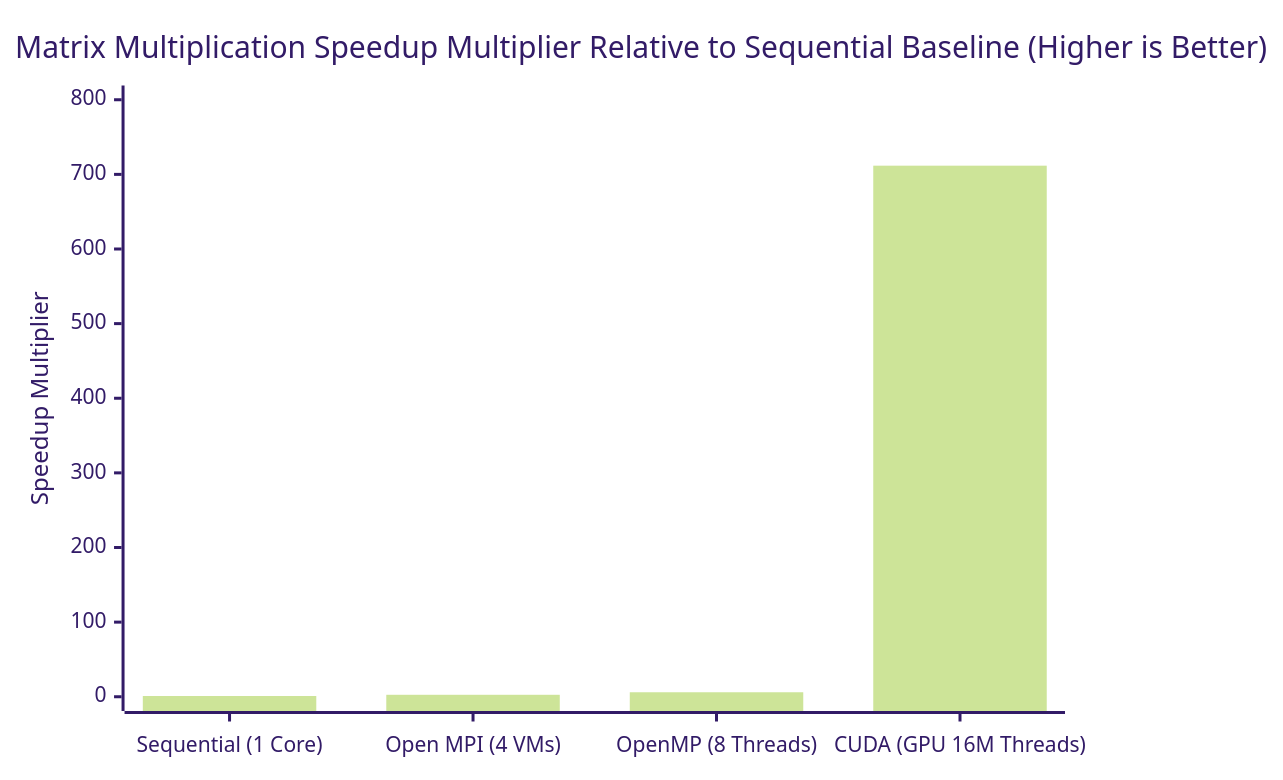
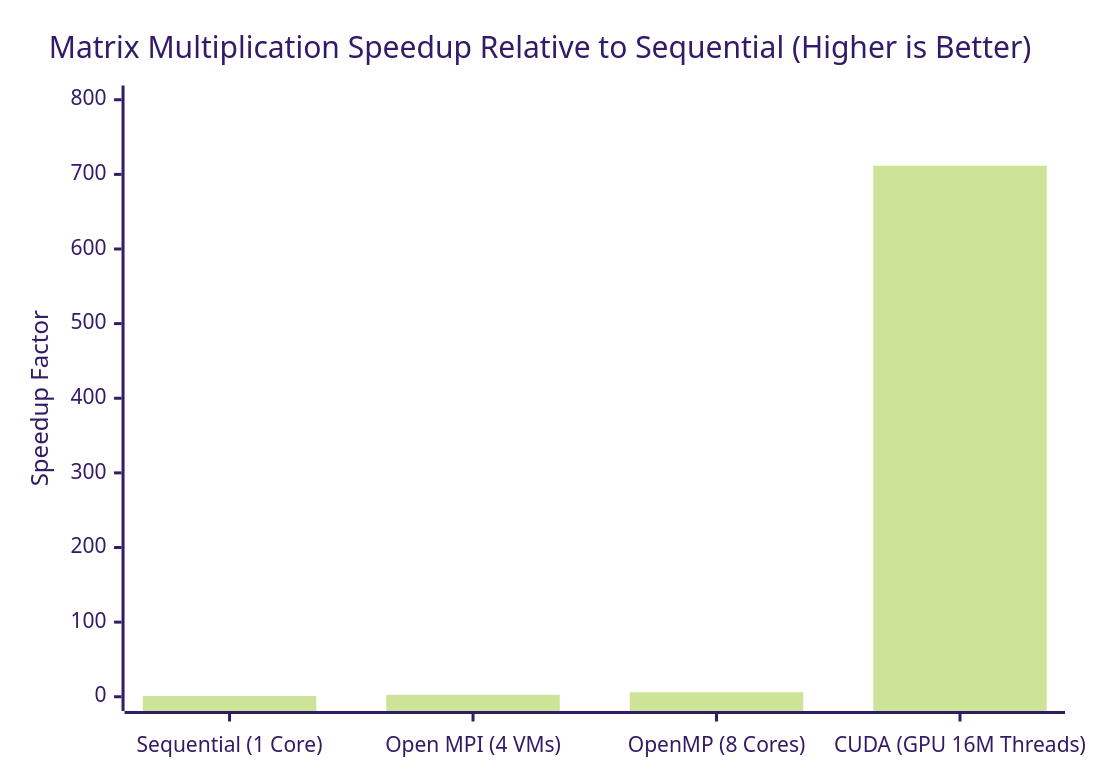
The diagram in README.md (vageeshmathad/Parallel-and-GPU-Computing), drawn with Mermaid (forest theme) before and after one commit. The commit also changed other lines of this file, not shown here.

````diff
--- a/README.md
+++ b/README.md
@@ -404,7 +43,7 @@
 ```mermaid
 xychart-beta
-    title "Matrix Multiplication Speedup Multiplier Relative to Sequential Baseline (Higher is Better)"
-    x-axis ["Sequential (1 Core)", "Open MPI (4 VMs)", "OpenMP (8 Threads)", "CUDA (GPU 16M Threads)"]
-    y-axis "Speedup Multiplier" 0 --> 800
+    title "Matrix Multiplication Speedup Relative to Sequential (Higher is Better)"
+    x-axis ["Sequential (1 Core)", "Open MPI (4 VMs)", "OpenMP (8 Cores)", "CUDA (GPU 16M Threads)"]
+    y-axis "Speedup Factor" 0 --> 800
     bar [1.0, 2.63, 6.02, 711.66]
 ```
````
